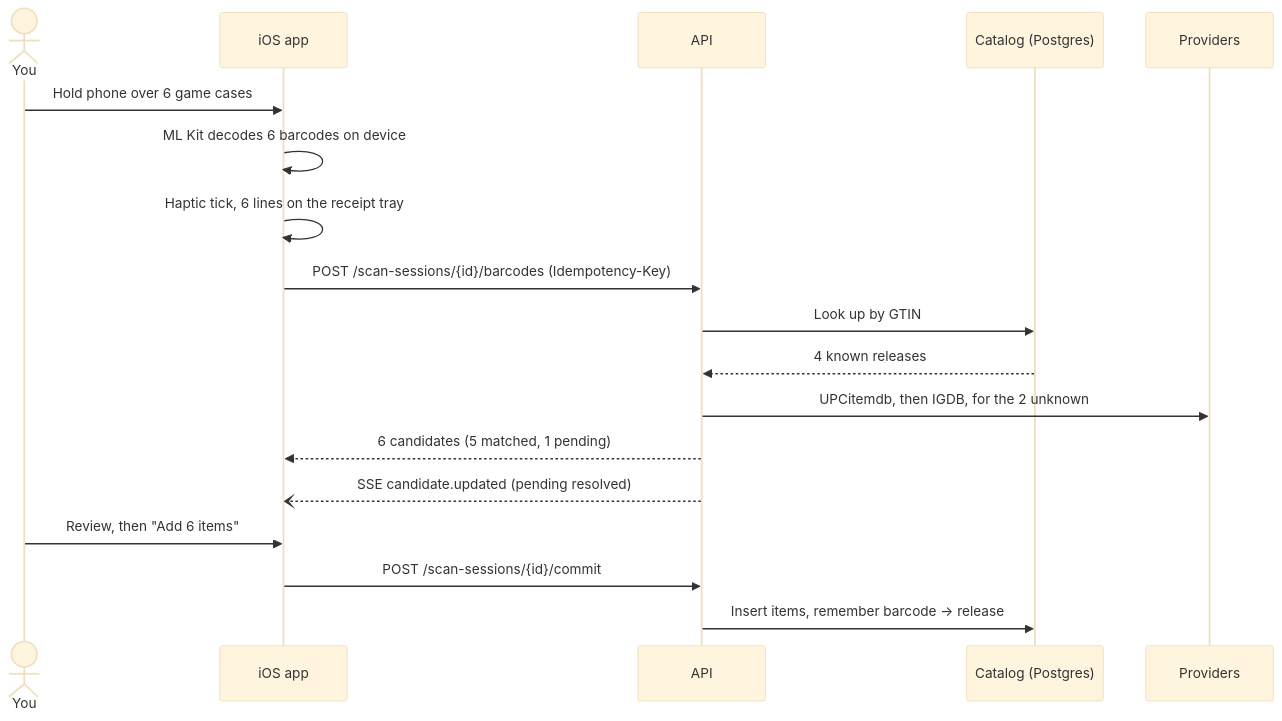
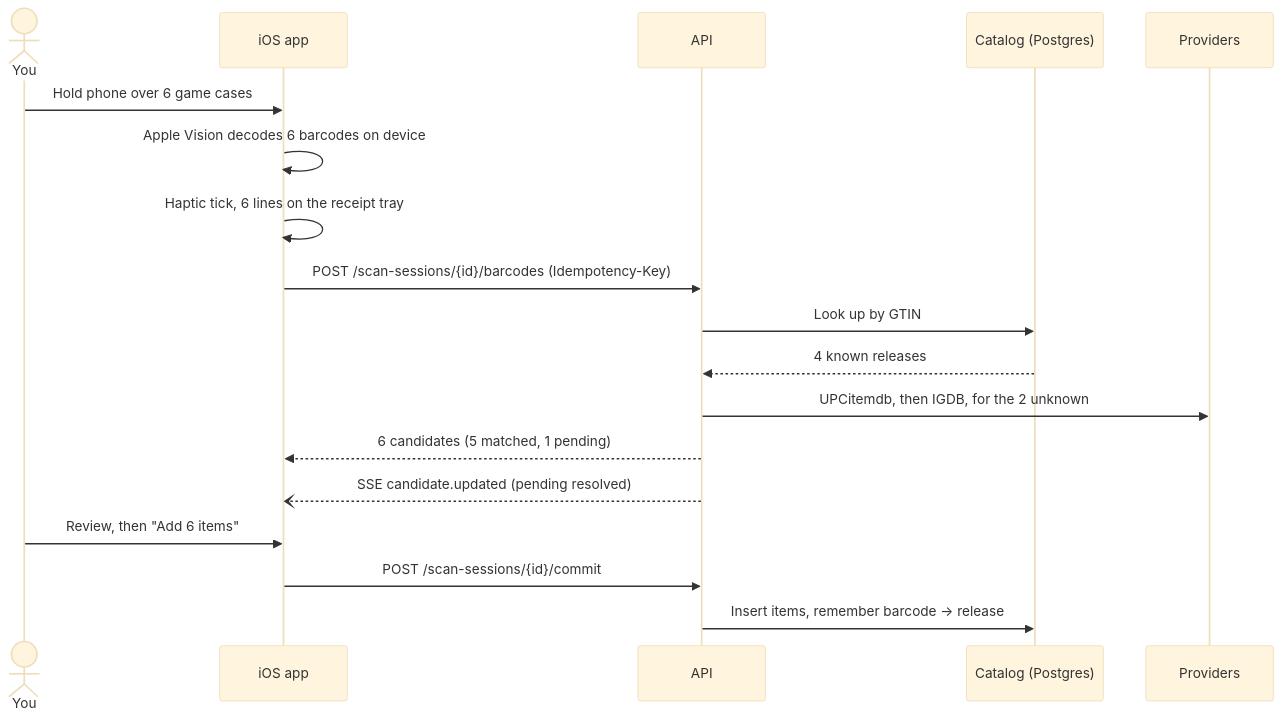
One commit to coryfinnegan/CollectionMaxxing changed the second of 4 diagrams in docs/01-architecture.md. Above: the diagram before and after it, drawn with Mermaid (base theme). The commit also changed other lines of this file and 13 other files, not shown here.

````diff
--- a/docs/01-architecture.md
+++ b/docs/01-architecture.md
@@ -132,20 +126,20 @@
 ```mermaid
 sequenceDiagram
   actor U as You
   participant App as iOS app
   participant API as API
   participant DB as Catalog (Postgres)
   participant P as Providers
   U->>App: Hold phone over 6 game cases
-  App->>App: ML Kit decodes 6 barcodes on device
+  App->>App: Apple Vision decodes 6 barcodes on device
   App->>App: Haptic tick, 6 lines on the receipt tray
   App->>API: POST /scan-sessions/{id}/barcodes (Idempotency-Key)
   API->>DB: Look up by GTIN
   DB-->>API: 4 known releases
   API->>P: UPCitemdb, then IGDB, for the 2 unknown
   API-->>App: 6 candidates (5 matched, 1 pending)
   API--)App: SSE candidate.updated (pending resolved)
   U->>App: Review, then "Add 6 items"
   App->>API: POST /scan-sessions/{id}/commit
   API->>DB: Insert items, remember barcode → release
 ```
````
